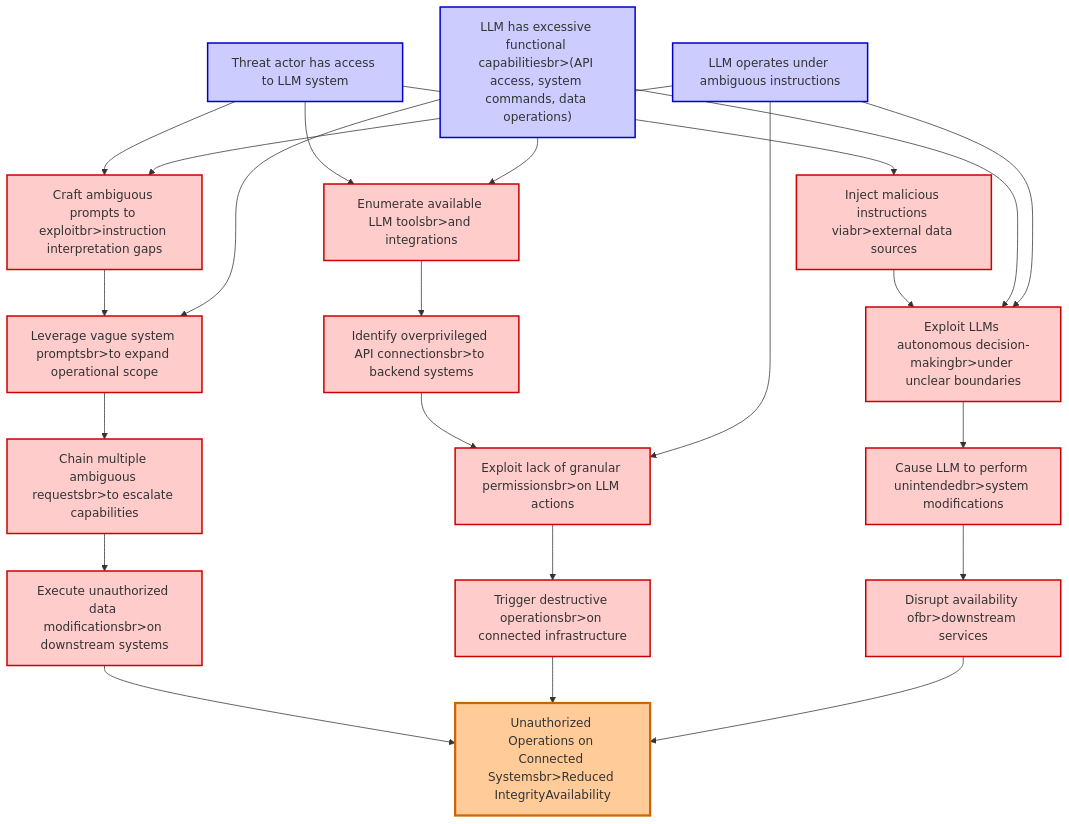
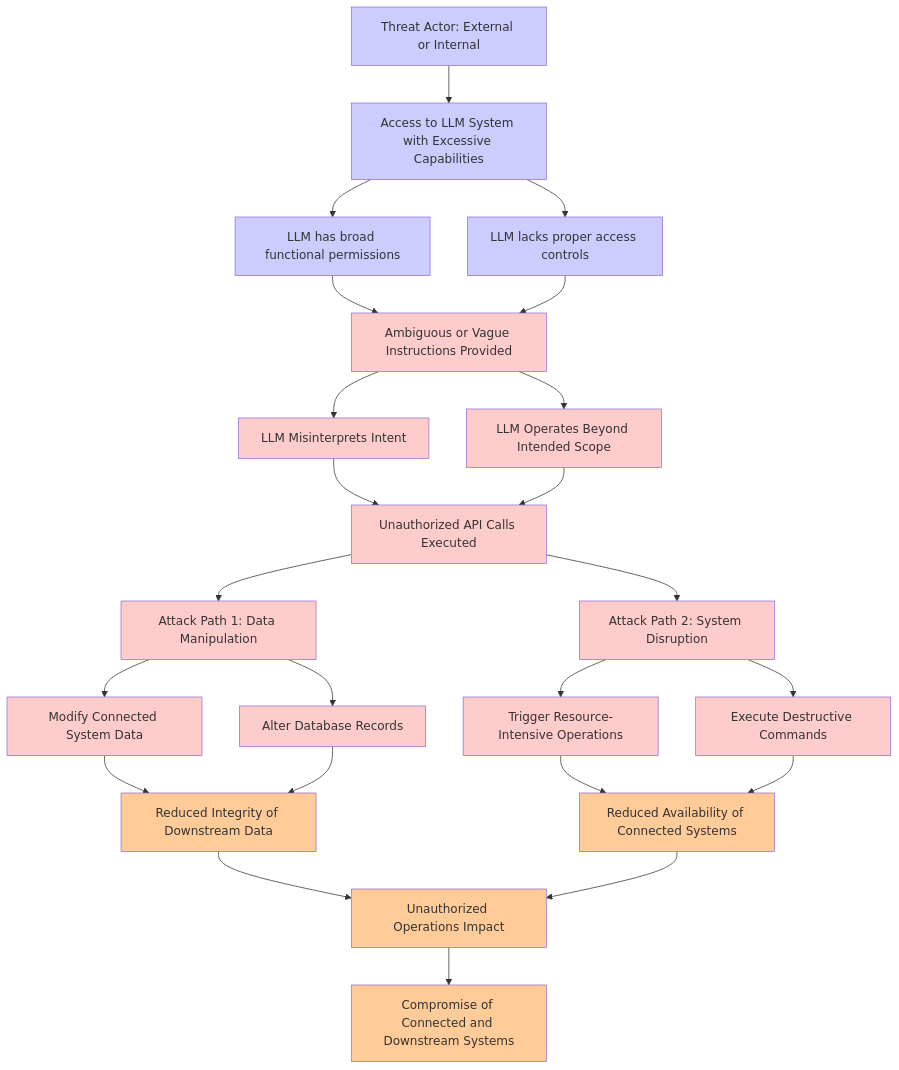
Before and after one commit to aws-samples/sample-agentic-attack-tree-generator: the diagram in sample-applications/genai-chatbot/threatforest/attack_trees/attack_tree_8b755706-59d2-41c4-9075-0013b92af39a_llm06_excessive_agency.md, drawn with Mermaid. The commit also changed other lines of this file and 310 other files, not shown here.

````diff
--- a/sample-applications/genai-chatbot/threatforest/attack_trees/attack_tree_8b755706-59d2-41c4-9075-0013b92af39a_llm06_excessive_agency.md
+++ b/sample-applications/genai-chatbot/threatforest/attack_trees/attack_tree_8b755706-59d2-41c4-9075-0013b92af39a_llm06_excessive_agency.md
@@ -8,55 +8,32 @@
 ```mermaid
 graph TD
-    GOAL[" Unauthorized Operations on Connected Systemsbr>Reduced IntegrityAvailability"]
-    %% Initial Facts/Conditions
-    F1["Threat actor has access to LLM system"]
-    F2["LLM has excessive functional capabilitiesbr>(API access, system commands, data operations)"]
-    F3["LLM operates under ambiguous instructions"]
-    %% Attack Path 1: Prompt Manipulation
-    A1["Craft ambiguous prompts to exploitbr>instruction interpretation gaps"]
-    A2["Leverage vague system promptsbr>to expand operational scope"]
-    A3["Chain multiple ambiguous requestsbr>to escalate capabilities"]
-    A4["Execute unauthorized data modificationsbr>on downstream systems"]
-    %% Attack Path 2: Capability Abuse via Tool Exploitation
-    B1["Enumerate available LLM toolsbr>and integrations"]
-    B2["Identify overprivileged API connectionsbr>to backend systems"]
-    B3["Exploit lack of granular permissionsbr>on LLM actions"]
-    B4["Trigger destructive operationsbr>on connected infrastructure"]
-    %% Attack Path 3: Indirect Injection for Agency Abuse
-    C1["Inject malicious instructions viabr>external data sources"]
-    C2["Exploit LLMs autonomous decision-makingbr>under unclear boundaries"]
-    C3["Cause LLM to perform unintendedbr>system modifications"]
-    C4["Disrupt availability ofbr>downstream services"]
-    %% Connections - Path 1
-    F1 --> A1
-    F3 --> A1
-    A1 --> A2
-    F2 --> A2
-    A2 --> A3
-    A3 --> A4
-    A4 --> GOAL
-    %% Connections - Path 2
-    F1 --> B1
-    F2 --> B1
-    B1 --> B2
-    B2 --> B3
-    F3 --> B3
-    B3 --> B4
-    B4 --> GOAL
-    %% Connections - Path 3
-    F1 --> C1
-    C1 --> C2
-    F2 --> C2
-    F3 --> C2
-    C2 --> C3
-    C3 --> C4
-    C4 --> GOAL
-    %% Styling
-    classDef attack fill:#ffcccc,stroke:#cc0000,stroke-width:2px
-    classDef goal fill:#ffcc99,stroke:#cc6600,stroke-width:3px
-    classDef fact fill:#ccccff,stroke:#0000cc,stroke-width:2px
-    class A1,A2,A3,A4,B1,B2,B3,B4,C1,C2,C3,C4 attack
-    class GOAL goal
-    class F1,F2,F3 fact
+    A["Threat Actor: External or Internal"] --> B["Access to LLM System with Excessive Capabilities"]
+    B --> C["LLM has broad functional permissions"]
+    B --> D["LLM lacks proper access controls"]
+    C --> E["Ambiguous or Vague Instructions Provided"]
+    D --> E
+    E --> F["LLM Misinterprets Intent"]
+    E --> G["LLM Operates Beyond Intended Scope"]
+    F --> H["Unauthorized API Calls Executed"]
+    G --> H
+    H --> I["Attack Path 1: Data Manipulation"]
+    H --> J["Attack Path 2: System Disruption"]
+    I --> K["Modify Connected System Data"]
+    I --> L["Alter Database Records"]
+    K --> M["Reduced Integrity of Downstream Data"]
+    L --> M
+    J --> N["Trigger Resource-Intensive Operations"]
+    J --> O["Execute Destructive Commands"]
+    N --> P["Reduced Availability of Connected Systems"]
+    O --> P
+    M --> Q["Unauthorized Operations Impact"]
+    P --> Q
+    Q --> R["Compromise of Connected and Downstream Systems"]
+    classDef fact fill:#ccccff
+    classDef attack fill:#ffcccc
+    classDef goal fill:#ffcc99
+    class A,B,C,D fact
+    class E,F,G,H,I,J,K,L,N,O attack
+    class M,P,Q,R goal
     classDef mitigation fill:#ccffcc
 ```
````
